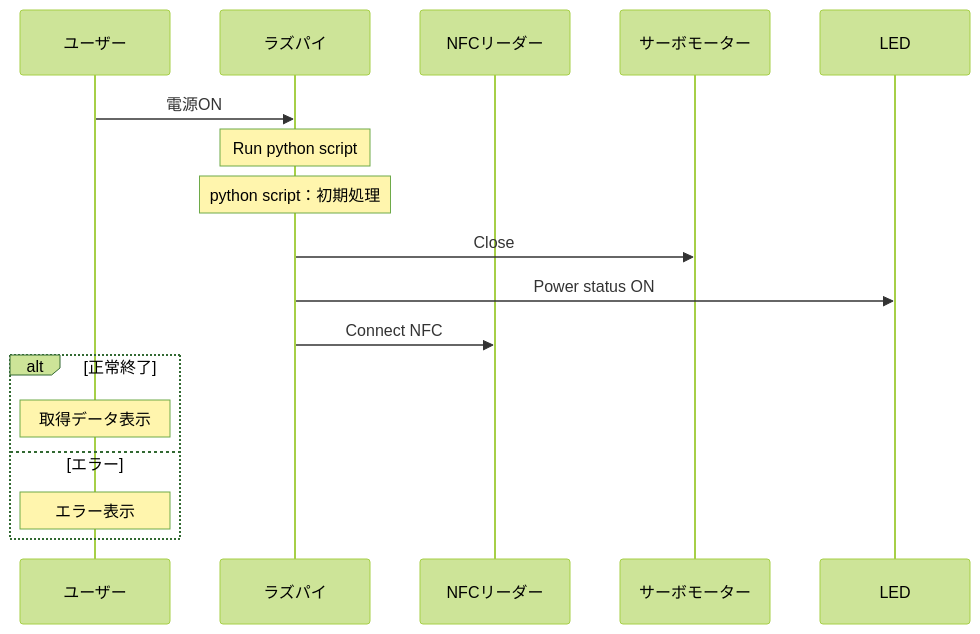
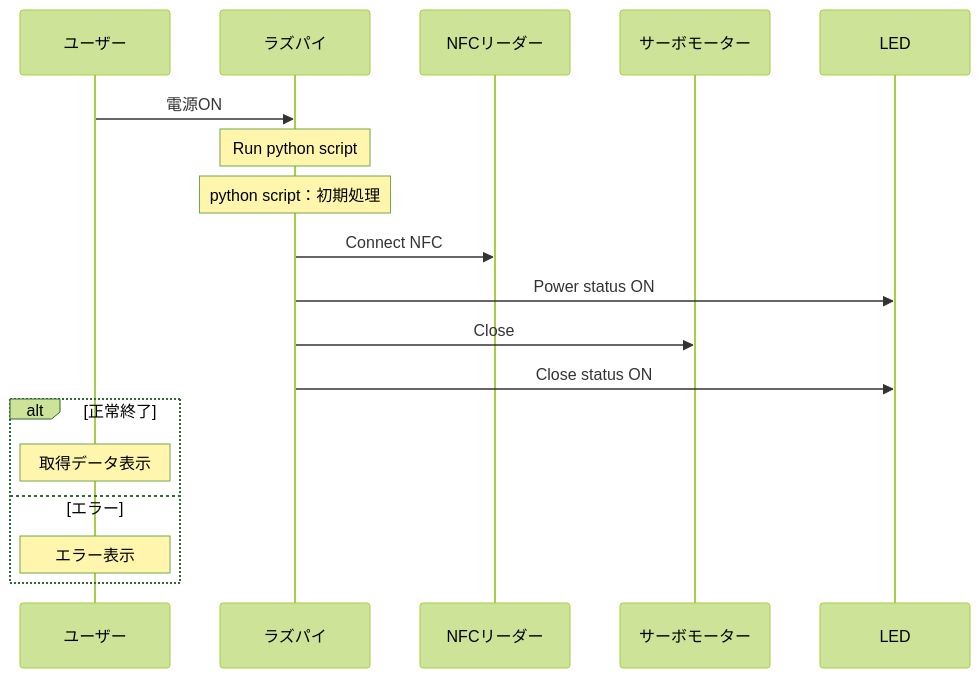
Before and after one commit to YUKI-SOKENDAI/SmartLock: the second of 2 diagrams in memo/SystemMEMO.md, drawn with Mermaid (forest theme).

````diff
--- a/memo/SystemMEMO.md
+++ b/memo/SystemMEMO.md
@@ -63,24 +63,27 @@
 ```mermaid
 sequenceDiagram
     participant user as ユーザー
     participant raspi as ラズパイ
     participant nfc as NFCリーダー
     participant servo as サーボモーター
     participant led as LED
     
     # hoge
     user->>raspi: 電源ON
     Note over raspi : Run python script
     Note over raspi : python script：初期処理
+    
+    raspi->>nfc: Connect NFC
+    raspi->>led: Power status ON
     raspi->>servo: Close
-    raspi->>led: Power status ON
-    raspi->>nfc: Connect NFC
+    raspi->>led: Close status ON
+    
     #raspi-->>user: こんにちは！！
     
     # hoge
     alt 正常終了
         Note over user : 取得データ表示
     else エラー
         Note over user : エラー表示
     end
 ```
````
